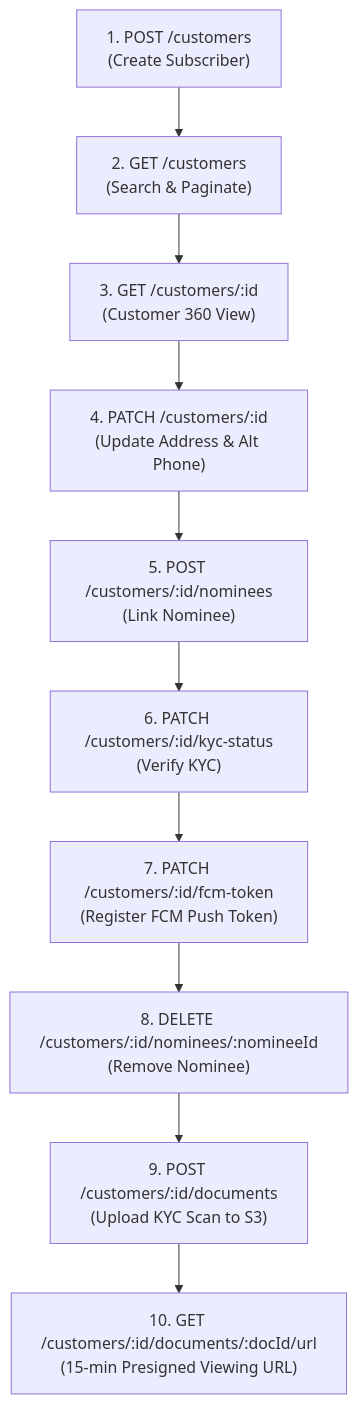
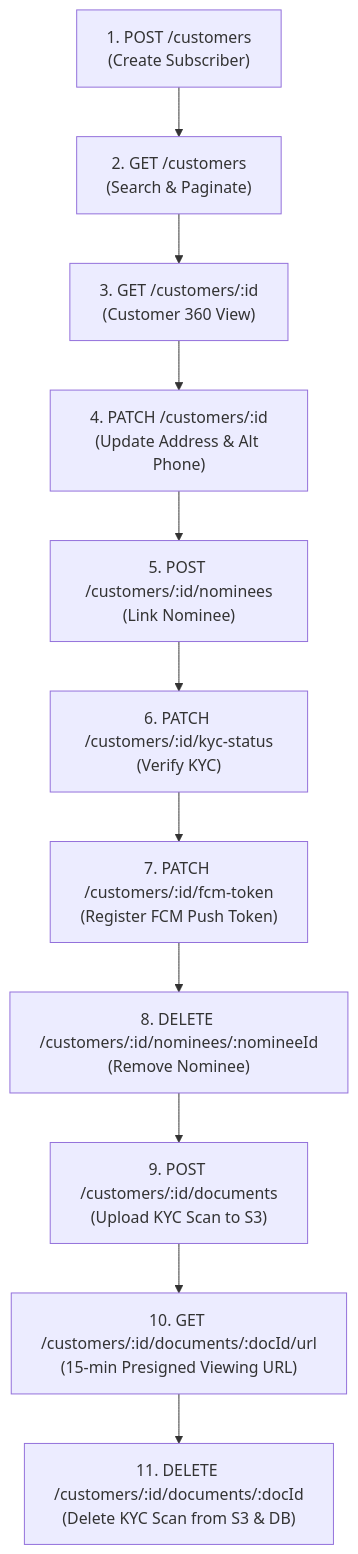
The diagram in apps/api/scripts/docs/lifecycle/lifecycle-2-live-execution-proof-report.md (Kathir-24/Kumaran-finance), drawn with Mermaid before and after one commit. The commit also changed other lines of this file and 4 other files, not shown here.

````diff
--- a/apps/api/scripts/docs/lifecycle/lifecycle-2-live-execution-proof-report.md
+++ b/apps/api/scripts/docs/lifecycle/lifecycle-2-live-execution-proof-report.md
@@ -16,12 +23,13 @@
 ```mermaid
 flowchart TD
     A["1. POST /customers\n(Create Subscriber)"] --> B["2. GET /customers\n(Search & Paginate)"]
     B --> C["3. GET /customers/:id\n(Customer 360 View)"]
     C --> D["4. PATCH /customers/:id\n(Update Address & Alt Phone)"]
     D --> E["5. POST /customers/:id/nominees\n(Link Nominee)"]
     E --> F["6. PATCH /customers/:id/kyc-status\n(Verify KYC)"]
     F --> G["7. PATCH /customers/:id/fcm-token\n(Register FCM Push Token)"]
     G --> H["8. DELETE /customers/:id/nominees/:nomineeId\n(Remove Nominee)"]
     H --> I["9. POST /customers/:id/documents\n(Upload KYC Scan to S3)"]
     I --> J["10. GET /customers/:id/documents/:docId/url\n(15-min Presigned Viewing URL)"]
+    J --> K["11. DELETE /customers/:id/documents/:docId\n(Delete KYC Scan from S3 & DB)"]
 ```
````
